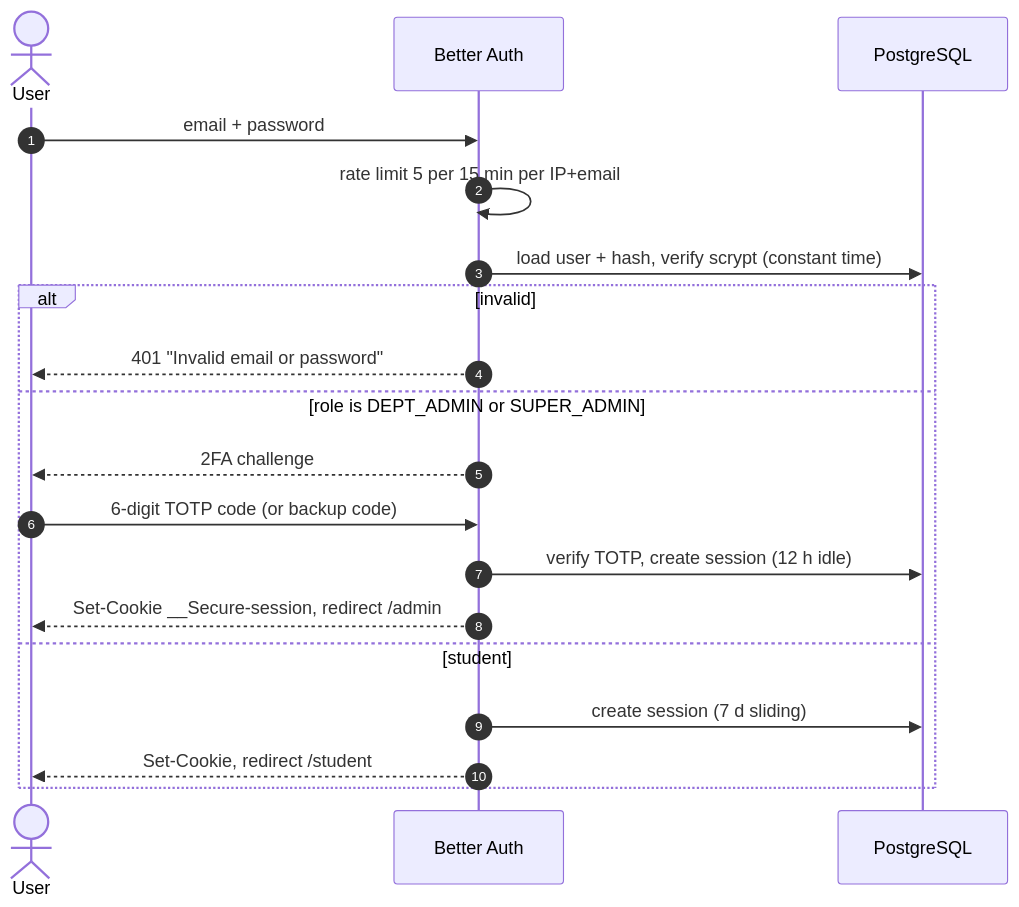
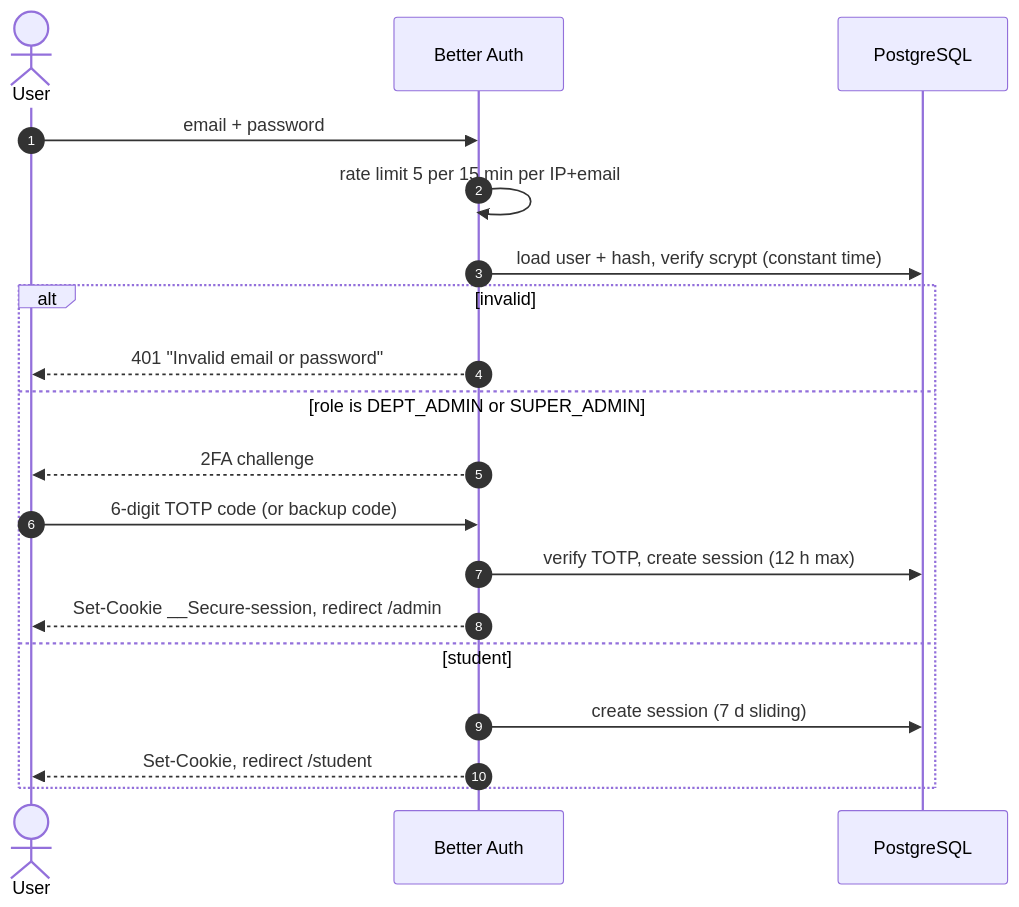
The second of 8 diagrams in docs/08-core-workflows.md (artifix09/campusconnect), drawn with Mermaid before and after one commit. The commit also changed other lines of this file and 9 other files, not shown here.

````diff
--- a/docs/08-core-workflows.md
+++ b/docs/08-core-workflows.md
@@ -35,22 +35,22 @@
 ```mermaid
 sequenceDiagram
     autonumber
     actor U as User
     participant AUTH as Better Auth
     participant DB as PostgreSQL
 
     U->>AUTH: email + password
     AUTH->>AUTH: rate limit 5 per 15 min per IP+email
     AUTH->>DB: load user + hash, verify scrypt (constant time)
     alt invalid
         AUTH-->>U: 401 "Invalid email or password"
     else role is DEPT_ADMIN or SUPER_ADMIN
         AUTH-->>U: 2FA challenge
         U->>AUTH: 6-digit TOTP code (or backup code)
-        AUTH->>DB: verify TOTP, create session (12 h idle)
+        AUTH->>DB: verify TOTP, create session (12 h max)
         AUTH-->>U: Set-Cookie __Secure-session, redirect /admin
     else student
         AUTH->>DB: create session (7 d sliding)
         AUTH-->>U: Set-Cookie, redirect /student
     end
 ```
````
